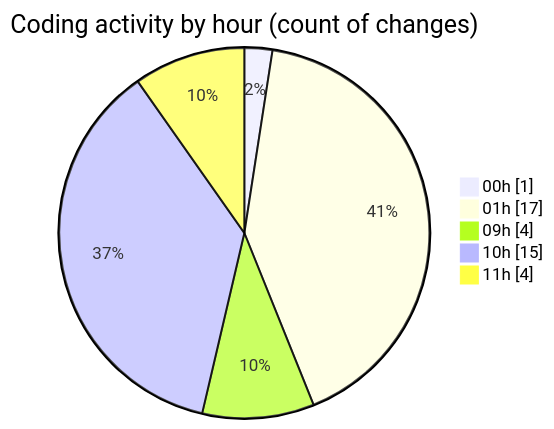
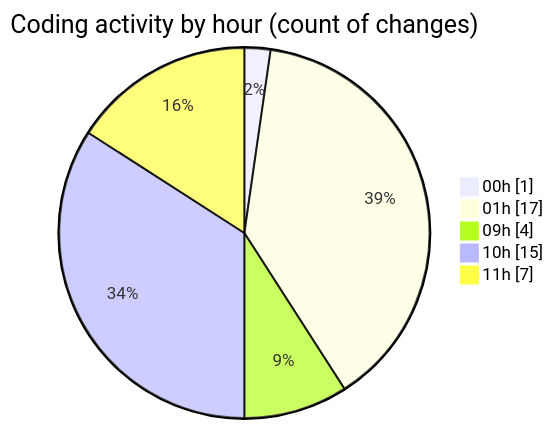
One commit to julien-gomy/code-tracking changed the second of 2 diagrams in 2025-11-01/cdp_aleoudev_fr__workspace_/README.md. Above: the diagram before and after it, drawn with Mermaid. The commit also changed other lines of this file and 1 other file, not shown here.

````diff
--- a/2025-11-01/cdp_aleoudev_fr__workspace_/README.md
+++ b/2025-11-01/cdp_aleoudev_fr__workspace_/README.md
@@ -33,9 +33,9 @@
 ```mermaid
 pie showData
 title Coding activity by hour (count of changes)
 "00h" : 1
 "01h" : 17
 "09h" : 4
 "10h" : 15
-"11h" : 4
+"11h" : 7
 ```
````
